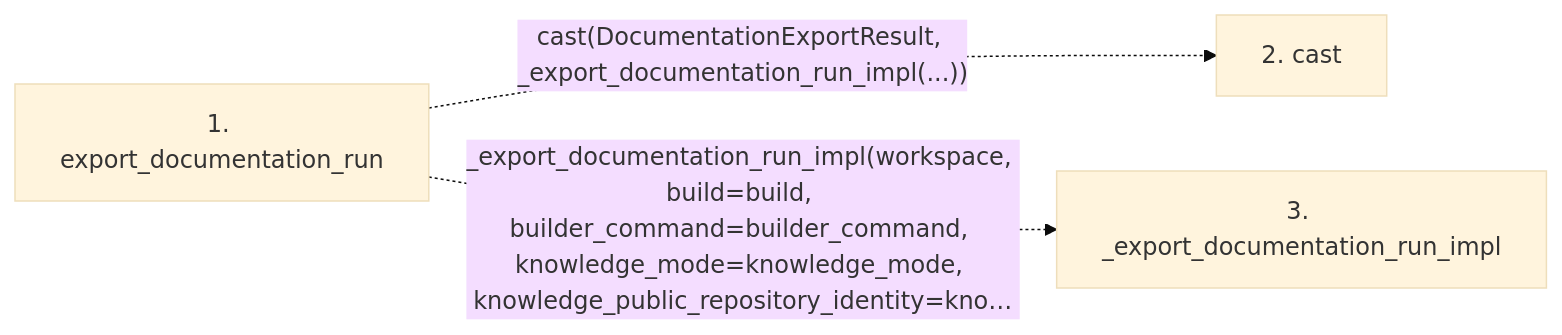
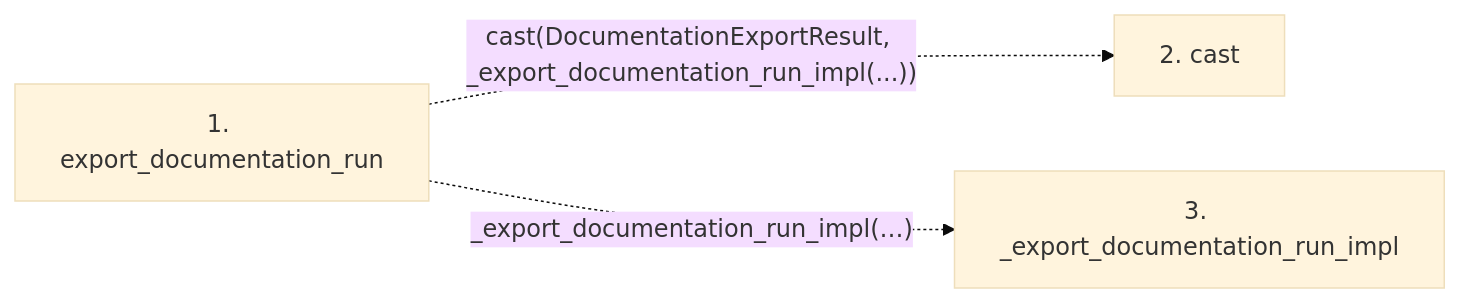
Before and after one commit to Denissvgn/python-wiki-llm: the second of 2 diagrams in docs/llm_wiki/flows/api-export_documentation_run-api.md, drawn with Mermaid (base theme). The commit also changed 719 other files, not shown here.

````diff
--- a/docs/llm_wiki/flows/api-export_documentation_run-api.md
+++ b/docs/llm_wiki/flows/api-export_documentation_run-api.md
@@ -22,9 +22,9 @@
 ```mermaid
 flowchart LR
     s1["1. export_documentation_run"]
     s2["2. cast"]
     s3["3. _export_documentation_run_impl"]
     s1 -. "cast(DocumentationExportResult, _export_documentation_run_impl(...))" .-> s2
-    s1 -. "_export_documentation_run_impl(workspace, build=build, builder_command=builder_command, knowledge_mode=knowledge_mode, knowledge_public_repository_identity=kno…" .-> s3
+    s1 -. "_export_documentation_run_impl(…)" .-> s3
     click s1 "../modules/api.md"
 ```
````
